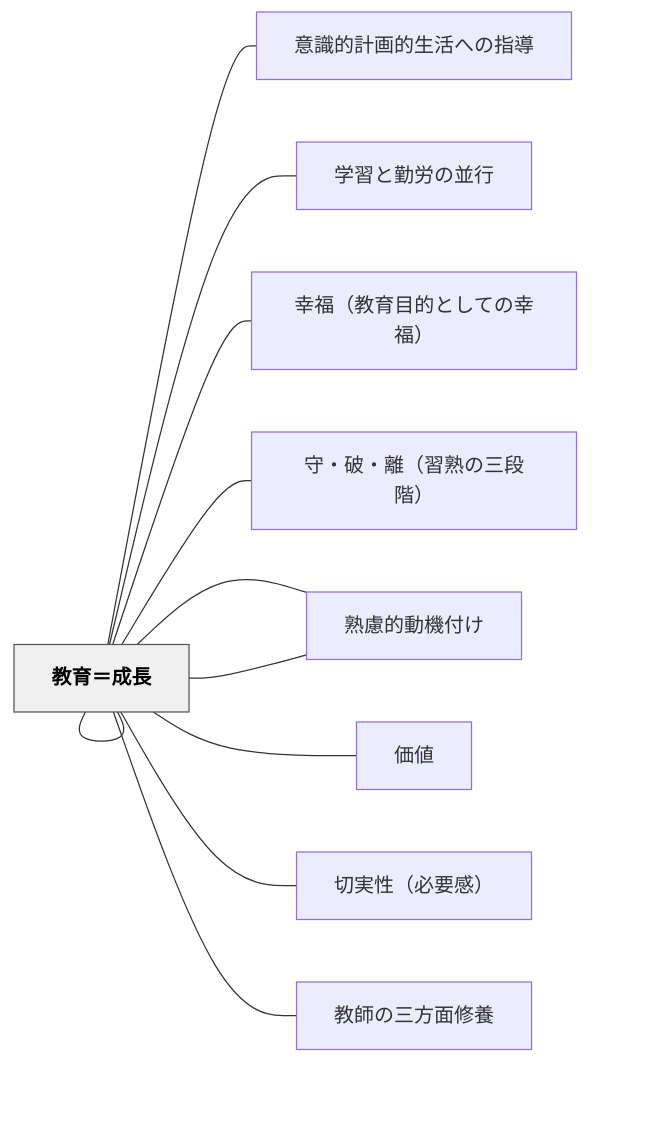
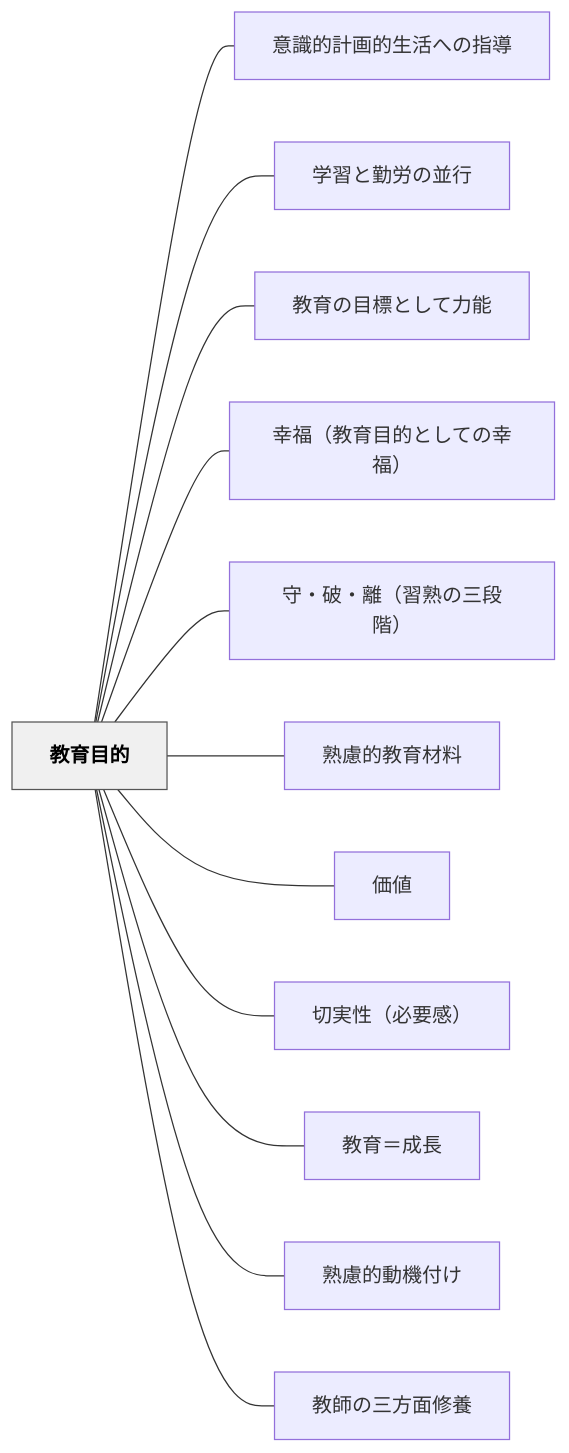
The diagram in content/パタン/教育目的.md (unknownthings-ed-patterns/unknownthings-ed-patterns), drawn with Mermaid before and after one commit. The commit also changed 527 other files, not shown here.

````diff
--- a/content/パタン/教育目的.md
+++ b/content/パタン/教育目的.md
@@ -218,30 +218,30 @@
 ```mermaid
 flowchart LR
-    ne69599e882b2["教育目的"]
-    ne6848fe8ad98["意識的計画的生活への指導"]
-    ne5ada6e7bf92["学習と勤労の並行"]
-    ne69599e882b2["教育の目標として力能"]
-    ne5b9b8e7a68f["幸福（教育目的としての幸福）"]
-    ne5ae88e383bb["守・破・離（習熟の三段階）"]
-    ne7869fe685ae["熟慮的教育材料"]
+    ne69599e882b2e79baee79a84["教育目的"]
+    ne6848fe8ad98e79a84e8a888e794bbe79a84e7949fe6b4bbe381b8e381aee68c87e5b08e["意識的計画的生活への指導"]
+    ne5ada6e7bf92e381a8e58ba4e58ab4e381aee4b8a6e8a18c["学習と勤労の並行"]
+    ne69599e882b2e381aee79baee6a899e381a8e38197e381a6e58a9be883bd["教育の目標として力能"]
+    ne5b9b8e7a68fefbc88e69599e882b2e79baee79a84e381a8e38197e381a6e381aee5b9b8e7a68fefbc89["幸福（教育目的としての幸福）"]
+    ne5ae88e383bbe7a0b4e383bbe99ba2efbc88e7bf92e7869fe381aee4b889e6aeb5e99a8eefbc89["守・破・離（習熟の三段階）"]
+    ne7869fe685aee79a84e69599e882b2e69d90e69699["熟慮的教育材料"]
     ne4bea1e580a4["価値"]
-    ne58887e5ae9f["切実性（必要感）"]
-    ne69599e882b2["教育＝成長"]
-    ne7869fe685ae["熟慮的動機付け"]
-    ne69599e5b8ab["教師の三方面修養"]
+    ne58887e5ae9fe680a7efbc88e5bf85e8a681e6849fefbc89["切実性（必要感）"]
+    ne69599e882b2efbc9de68890e995b7["教育＝成長"]
+    ne7869fe685aee79a84e58b95e6a99fe4bb98e38191["熟慮的動機付け"]
+    ne69599e5b8abe381aee4b889e696b9e99da2e4bfaee9a48a["教師の三方面修養"]
 
-    ne69599e882b2 --- ne6848fe8ad98
-    ne69599e882b2 --- ne5ada6e7bf92
-    ne69599e882b2 --- ne69599e882b2
-    ne69599e882b2 --- ne5b9b8e7a68f
-    ne69599e882b2 --- ne5ae88e383bb
-    ne69599e882b2 --- ne7869fe685ae
-    ne69599e882b2 --- ne4bea1e580a4
-    ne69599e882b2 --- ne58887e5ae9f
-    ne69599e882b2 --- ne69599e882b2
-    ne69599e882b2 --- ne7869fe685ae
-    ne69599e882b2 --- ne69599e5b8ab
+    ne69599e882b2e79baee79a84 --- ne6848fe8ad98e79a84e8a888e794bbe79a84e7949fe6b4bbe381b8e381aee68c87e5b08e
+    ne69599e882b2e79baee79a84 --- ne5ada6e7bf92e381a8e58ba4e58ab4e381aee4b8a6e8a18c
+    ne69599e882b2e79baee79a84 --- ne69599e882b2e381aee79baee6a899e381a8e38197e381a6e58a9be883bd
+    ne69599e882b2e79baee79a84 --- ne5b9b8e7a68fefbc88e69599e882b2e79baee79a84e381a8e38197e381a6e381aee5b9b8e7a68fefbc89
+    ne69599e882b2e79baee79a84 --- ne5ae88e383bbe7a0b4e383bbe99ba2efbc88e7bf92e7869fe381aee4b889e6aeb5e99a8eefbc89
+    ne69599e882b2e79baee79a84 --- ne7869fe685aee79a84e69599e882b2e69d90e69699
+    ne69599e882b2e79baee79a84 --- ne4bea1e580a4
+    ne69599e882b2e79baee79a84 --- ne58887e5ae9fe680a7efbc88e5bf85e8a681e6849fefbc89
+    ne69599e882b2e79baee79a84 --- ne69599e882b2efbc9de68890e995b7
+    ne69599e882b2e79baee79a84 --- ne7869fe685aee79a84e58b95e6a99fe4bb98e38191
+    ne69599e882b2e79baee79a84 --- ne69599e5b8abe381aee4b889e696b9e99da2e4bfaee9a48a
 
     classDef hub fill:#f0f0f0,stroke:#555,color:#000,font-weight:bold
-    class ne69599e882b2 hub
+    class ne69599e882b2e79baee79a84 hub
 ```
````
